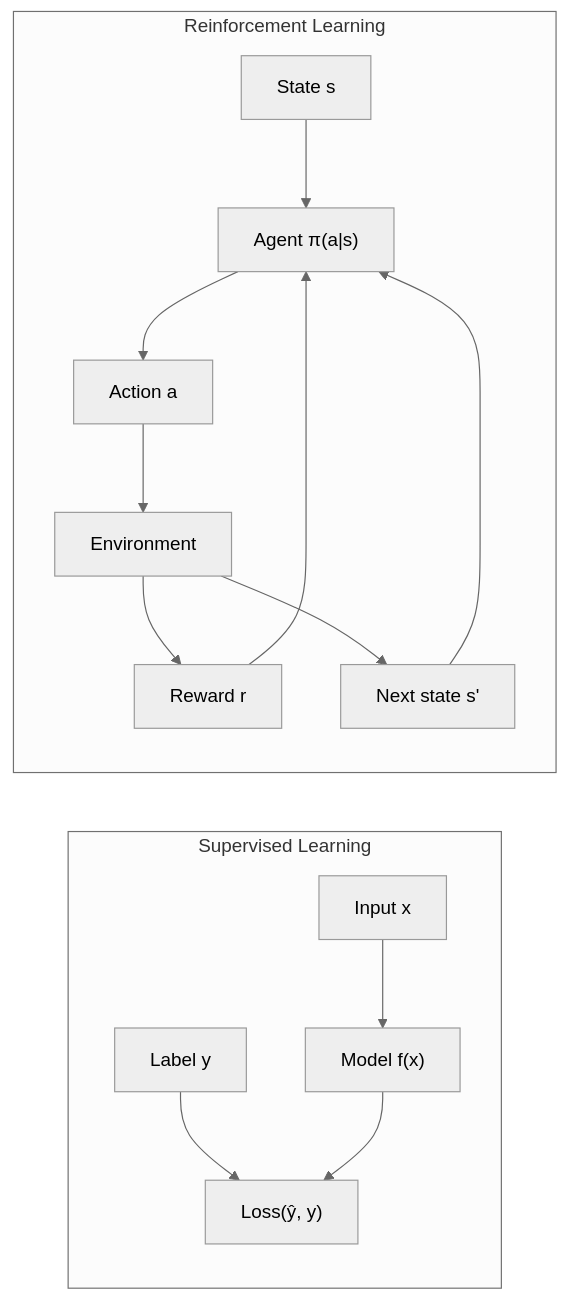
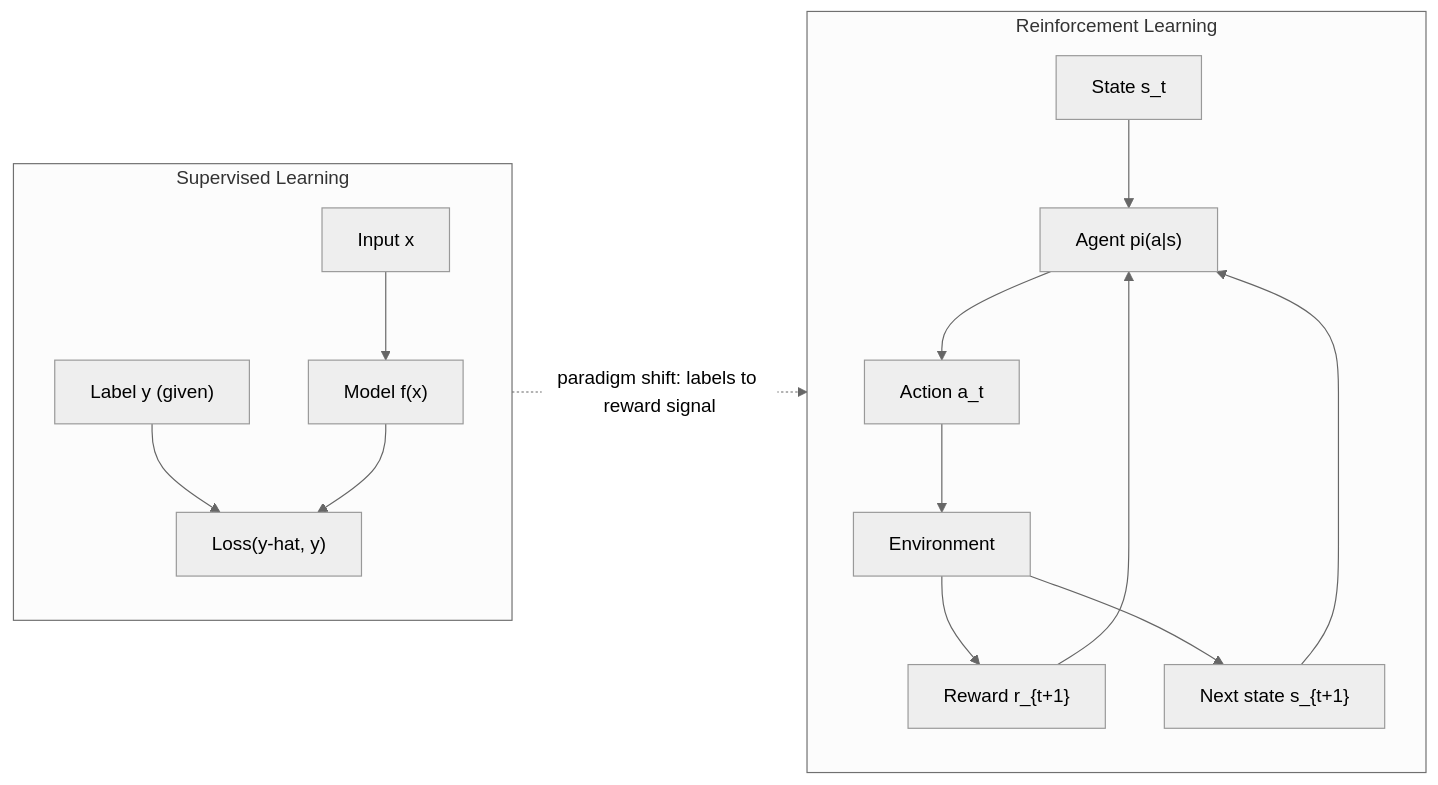
Before and after one commit to deepakshamsft/ai-portfolio: the first of 3 diagrams in notes/01-ml/06_reinforcement_learning/ch01_mdps/README.md, drawn with Mermaid (neutral theme). The commit also changed other lines of this file and 727 other files, not shown here.

````diff
--- a/notes/01-ml/06_reinforcement_learning/ch01_mdps/README.md
+++ b/notes/01-ml/06_reinforcement_learning/ch01_mdps/README.md
@@ -40,17 +65,20 @@
 ```mermaid
 flowchart LR
-    subgraph "Supervised Learning"
+    subgraph SL["Supervised Learning"]
+        direction TB
         SL_IN["Input x"] --> SL_MODEL["Model f(x)"]
-        SL_LABEL["Label y"] --> SL_LOSS["Loss(ŷ, y)"]
+        SL_LABEL["Label y (given)"] --> SL_LOSS["Loss(y-hat, y)"]
         SL_MODEL --> SL_LOSS
     end
-    subgraph "Reinforcement Learning"
-        RL_S["State s"] --> RL_AGENT["Agent π(a|s)"]
-        RL_AGENT --> RL_A["Action a"]
+    subgraph RL["Reinforcement Learning"]
+        direction TB
+        RL_S["State s_t"] --> RL_AGENT["Agent pi(a|s)"]
+        RL_AGENT --> RL_A["Action a_t"]
         RL_A --> RL_ENV["Environment"]
-        RL_ENV --> RL_R["Reward r"]
-        RL_ENV --> RL_S2["Next state s'"]
+        RL_ENV --> RL_R["Reward r_{t+1}"]
+        RL_ENV --> RL_S2["Next state s_{t+1}"]
         RL_R --> RL_AGENT
         RL_S2 --> RL_AGENT
     end
+    SL -. "paradigm shift: labels to reward signal" .-> RL
 ```
````
